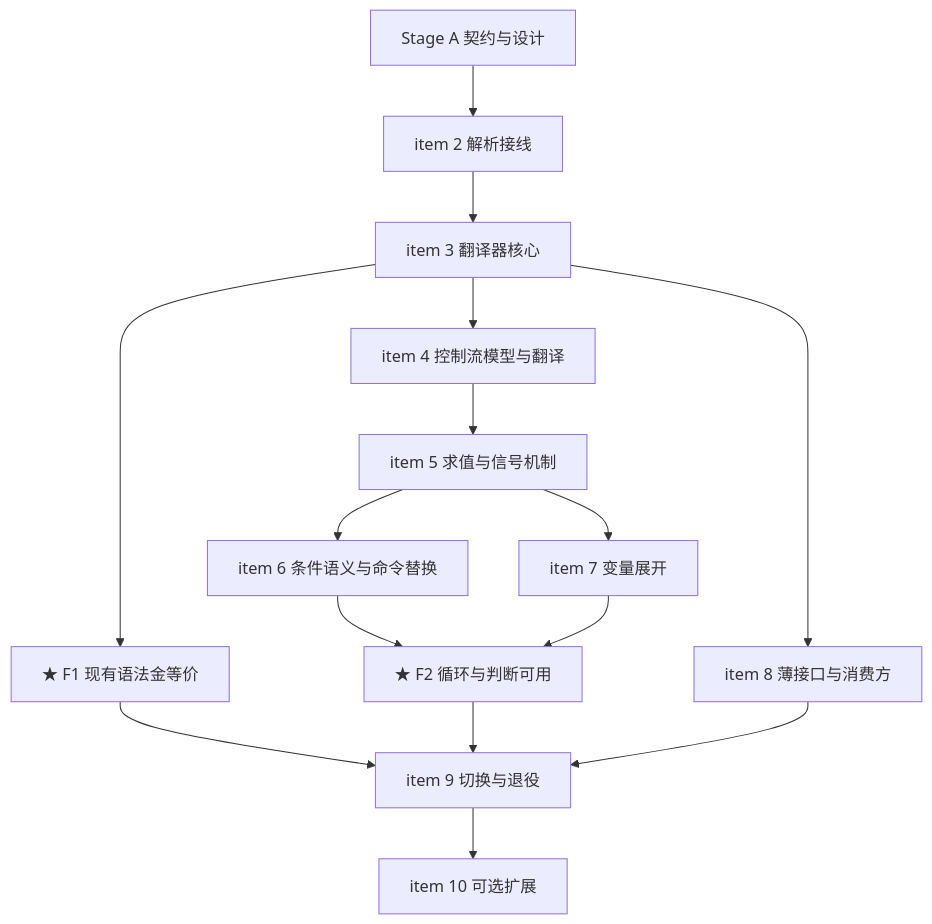
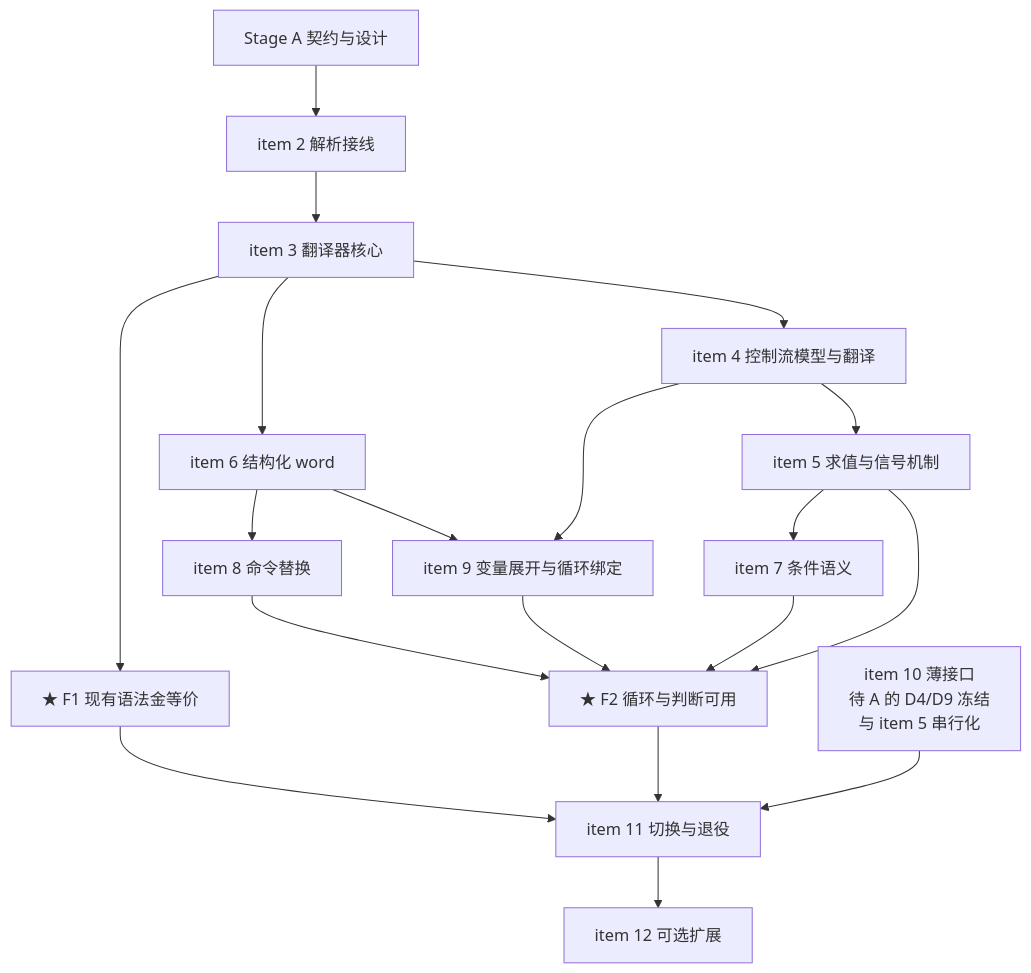
Before and after one commit to entropy-cloud/nop-entropy: the diagram in ai-dev/backlog/nop-ai-shell-bash-cst-frontend-roadmap.md, drawn with Mermaid. The commit also changed other lines of this file and 1 other file, not shown here.

First line of the commit message:
docs(nop-ai-shell): roadmap R2 对抗审查修订——闭合 word 两阶段裁定等 1 Blocker + 6 Major + 4 Minor

````diff
--- a/ai-dev/backlog/nop-ai-shell-bash-cst-frontend-roadmap.md
+++ b/ai-dev/backlog/nop-ai-shell-bash-cst-frontend-roadmap.md
@@ -198,17 +222,21 @@
 ```mermaid
 graph TD
     A[Stage A 契约与设计] --> B1[item 2 解析接线]
     B1 --> B2[item 3 翻译器核心]
     B2 --> F1[★ F1 现有语法金等价]
     B2 --> C1[item 4 控制流模型与翻译]
-    B2 --> D[item 8 薄接口与消费方]
+    B2 --> C0[item 6 结构化 word]
     C1 --> C2[item 5 求值与信号机制]
-    C2 --> C3[item 6 条件语义与命令替换]
-    C2 --> C4[item 7 变量展开]
+    C0 --> C3[item 8 命令替换]
+    C0 --> C4[item 9 变量展开与循环绑定]
+    C1 --> C4
+    C2 --> C5[item 7 条件语义]
     C3 --> F2[★ F2 循环与判断可用]
     C4 --> F2
-    F1 --> E[item 9 切换与退役]
+    C5 --> F2
+    C2 --> F2
+    F1 --> E[item 11 切换与退役]
     F2 --> E
-    D --> E
-    E --> O[item 10 可选扩展]
+    D0[item 10 薄接口<br/>待 A 的 D4/D9 冻结<br/>与 item 5 串行化] --> E
+    E --> O[item 12 可选扩展]
 ```
````
